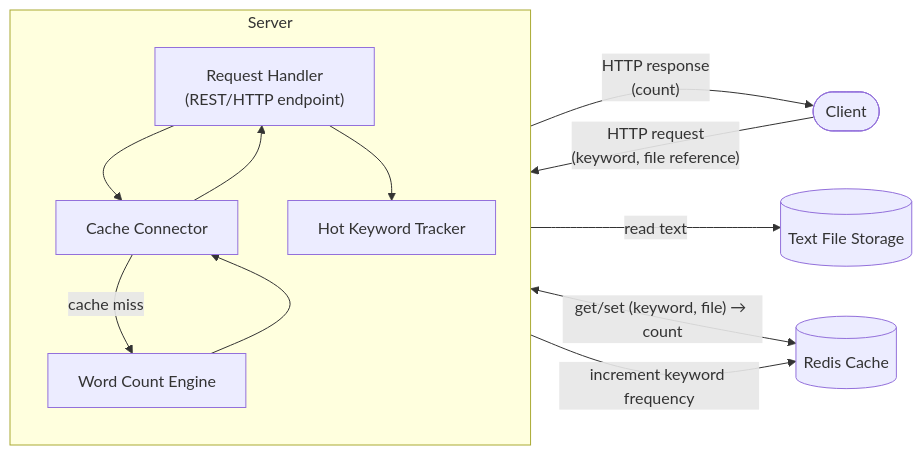
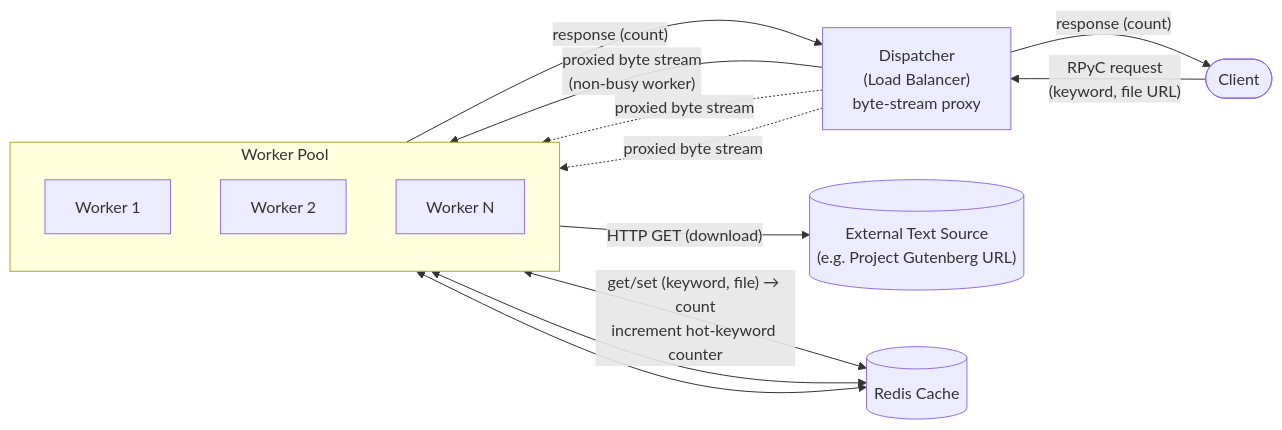
One commit to OpensourceHU/architecture-of-distributed-system changed the first of 3 diagrams in phase1/architecture.md. Above: the diagram before and after it, drawn with Mermaid. The commit also changed other lines of this file and 13 other files, not shown here.

Commit message:
feat: implement the wrod count function for workers

````diff
--- a/phase1/architecture.md
+++ b/phase1/architecture.md
@@ -22,27 +22,28 @@
 ```mermaid
 flowchart LR
     Client(["Client"])
 
-    subgraph Server["Server"]
+    Dispatcher["Dispatcher<br/>(Load Balancer)<br/>byte-stream proxy"]
+
+    subgraph Workers["Worker Pool"]
         direction TB
-        API["Request Handler<br/>(REST/HTTP endpoint)"]
-        Counter["Word Count Engine"]
-        CacheClient["Cache Connector"]
-        HotTracker["Hot Keyword Tracker"]
-
-        API --> CacheClient
-        CacheClient -- cache miss --> Counter
-        Counter --> CacheClient
-        CacheClient --> API
-        API --> HotTracker
+        W1["Worker 1"]
+        W2["Worker 2"]
+        W3["Worker N"]
     end
 
-    Storage[("Text File Storage")]
+    Source[("External Text Source<br/>(e.g. Project Gutenberg URL)")]
     Cache[("Redis Cache")]
 
-    Client -- "HTTP request<br/>(keyword, file reference)" --> API
-    API -- "HTTP response<br/>(count)" --> Client
-    Counter -- "read text" --> Storage
-    CacheClient <-- "get/set (keyword, file) → count" --> Cache
-    HotTracker -- "increment keyword frequency" --> Cache
+    Client -- "RPyC request<br/>(keyword, file URL)" --> Dispatcher
+    Dispatcher -- "proxied byte stream<br/>(non-busy worker)" --> W1
+    Dispatcher -. "proxied byte stream" .-> W2
+    Dispatcher -. "proxied byte stream" .-> W3
+    W1 -- "response (count)" --> Dispatcher
+    Dispatcher -- "response (count)" --> Client
+
+    W1 -- "HTTP GET (download)" --> Source
+    W1 <-- "get/set (keyword, file) → count<br/>increment hot-keyword counter" --> Cache
+    W2 <--> Cache
+    W3 <--> Cache
 ```
````
